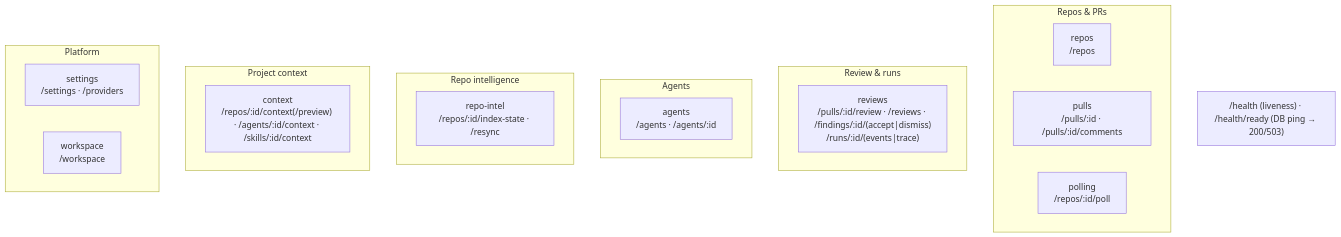
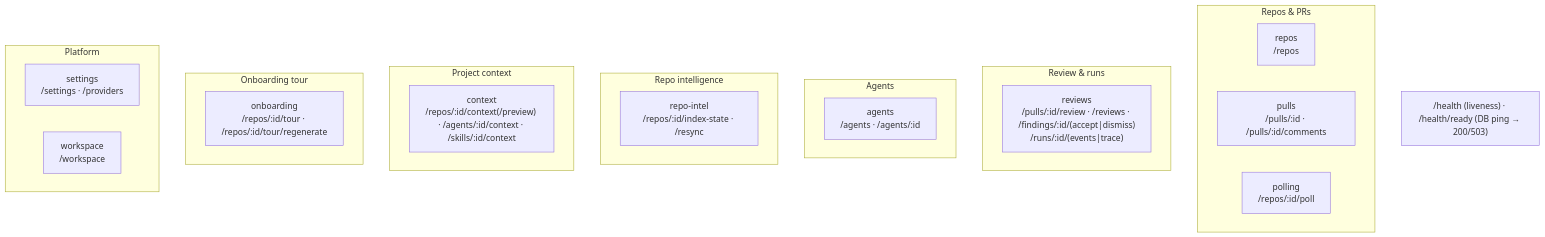
One commit to agent-marat-khasanov/dev-digest changed the second of 2 diagrams in server/README.md. Above: the diagram before and after it, drawn with Mermaid. The commit also changed 6 other files, not shown here.

````diff
--- a/server/README.md
+++ b/server/README.md
@@ -64,25 +64,28 @@
 ```mermaid
 flowchart TB
   subgraph Repos_PRs["Repos & PRs"]
     repos["repos<br/>/repos"]
     pulls["pulls<br/>/pulls/:id · /pulls/:id/comments"]
     polling["polling<br/>/repos/:id/poll"]
   end
   subgraph Review["Review & runs"]
     reviews["reviews<br/>/pulls/:id/review · /reviews · /findings/:id/(accept|dismiss)<br/>/runs/:id/(events|trace)"]
   end
   subgraph Agents["Agents"]
     agents["agents<br/>/agents · /agents/:id"]
   end
   subgraph Intel["Repo intelligence"]
     repoIntel["repo-intel<br/>/repos/:id/index-state · /resync"]
   end
   subgraph Context["Project context"]
     context["context<br/>/repos/:id/context(/preview) · /agents/:id/context · /skills/:id/context"]
   end
+  subgraph Onboarding["Onboarding tour"]
+    onboarding["onboarding<br/>/repos/:id/tour · /repos/:id/tour/regenerate"]
+  end
   subgraph Platform["Platform"]
     settings["settings<br/>/settings · /providers"]
     workspace["workspace<br/>/workspace"]
   end
   HEALTH["/health (liveness) · /health/ready (DB ping → 200/503)"]
 ```
````
